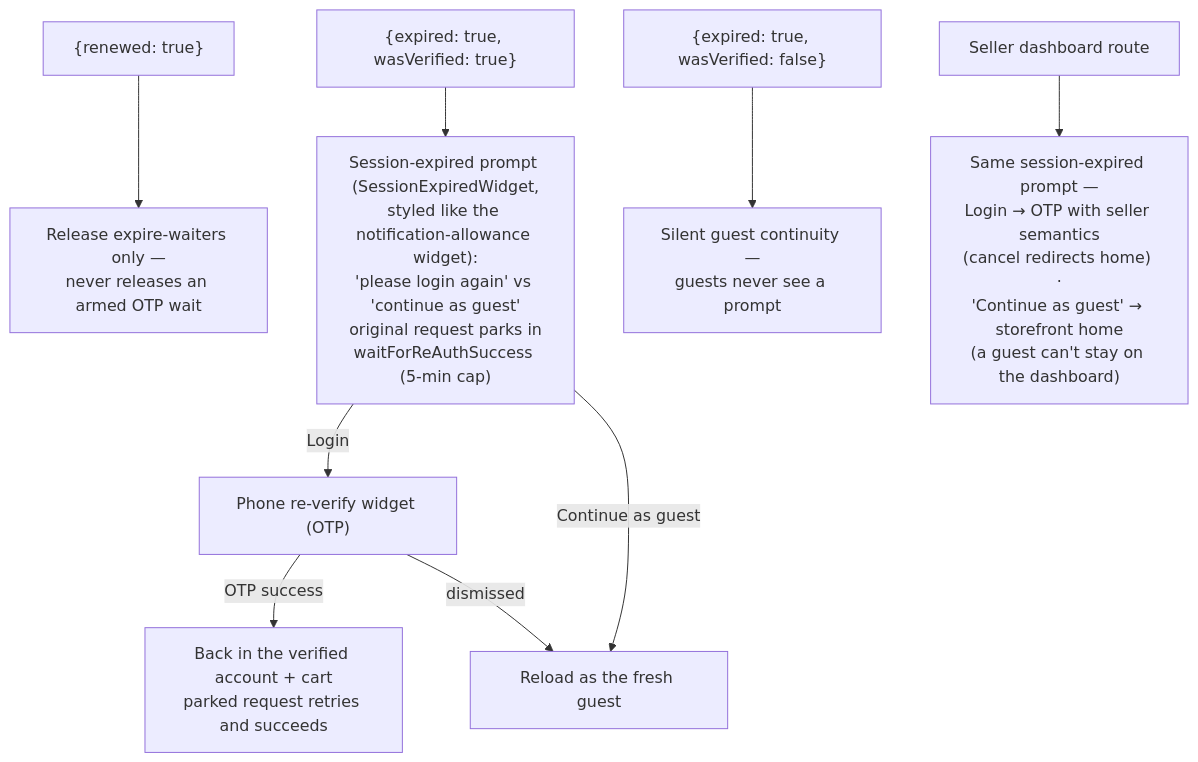
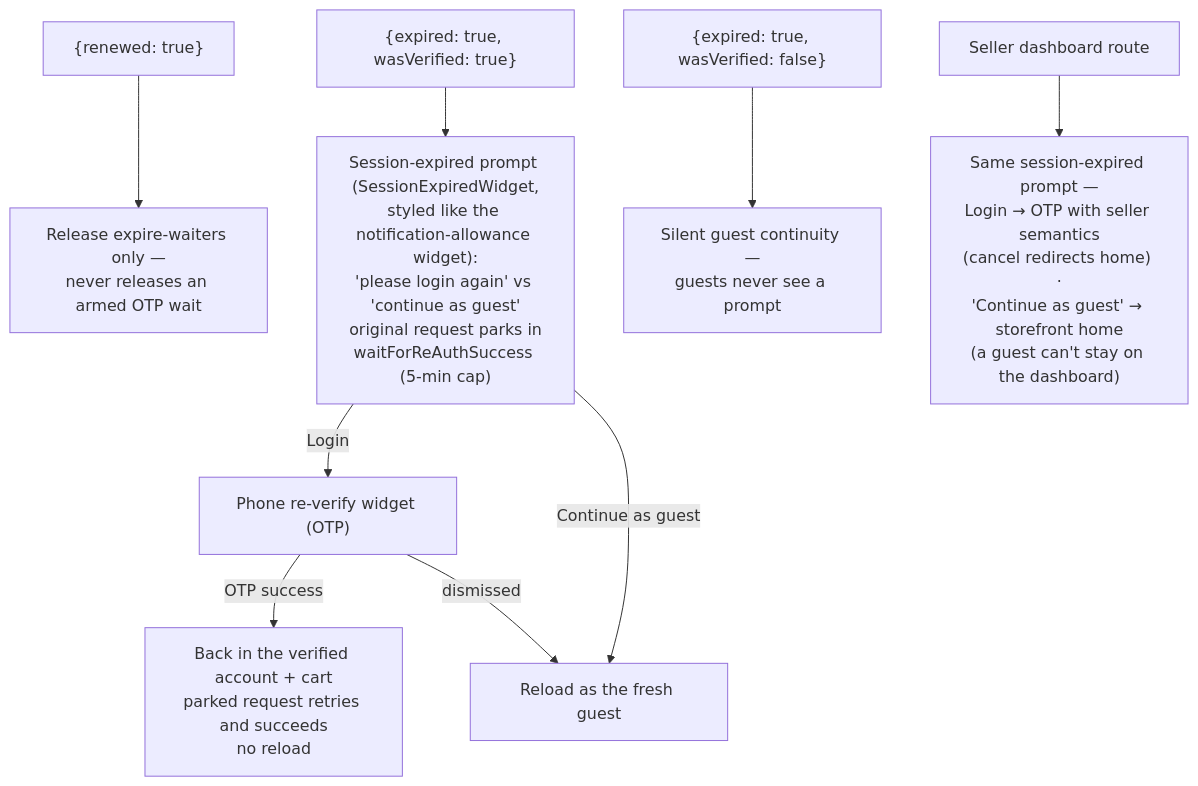
One commit to AlaaAsaad57/Trydos changed the sixth of 6 diagrams in REFRESH-FLOWS.md. Above: the diagram before and after it, drawn with Mermaid. The commit also changed 3 other files, not shown here.

First line of the commit message:
refactor(auth): refine session expiration UI and re-authentication flow

````diff
--- a/REFRESH-FLOWS.md
+++ b/REFRESH-FLOWS.md
@@ -154,11 +154,11 @@
 ```mermaid
 flowchart TD
     A["{renewed: true}"] --> B["Release expire-waiters only —<br/>never releases an armed OTP wait"]
     C["{expired: true, wasVerified: true}"] --> D["Session-expired prompt (SessionExpiredWidget,<br/>styled like the notification-allowance widget):<br/>'please login again' vs 'continue as guest'<br/>original request parks in<br/>waitForReAuthSuccess (5-min cap)"]
     D -->|Login| D2["Phone re-verify widget (OTP)"]
-    D2 -->|OTP success| E[Back in the verified account + cart<br/>parked request retries and succeeds]
+    D2 -->|OTP success| E[Back in the verified account + cart<br/>parked request retries and succeeds<br/>no reload]
     D -->|Continue as guest| F[Reload as the fresh guest]
     D2 -->|dismissed| F
     G["{expired: true, wasVerified: false}"] --> H[Silent guest continuity —<br/>guests never see a prompt]
     I[Seller dashboard route] --> J["Same session-expired prompt —<br/>Login → OTP with seller semantics<br/>(cancel redirects home) ·<br/>'Continue as guest' → storefront home<br/>(a guest can't stay on the dashboard)"]
 ```
````
